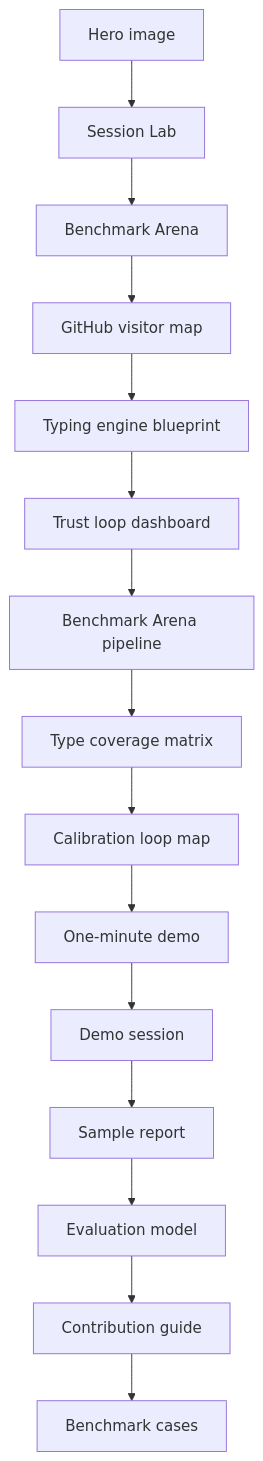
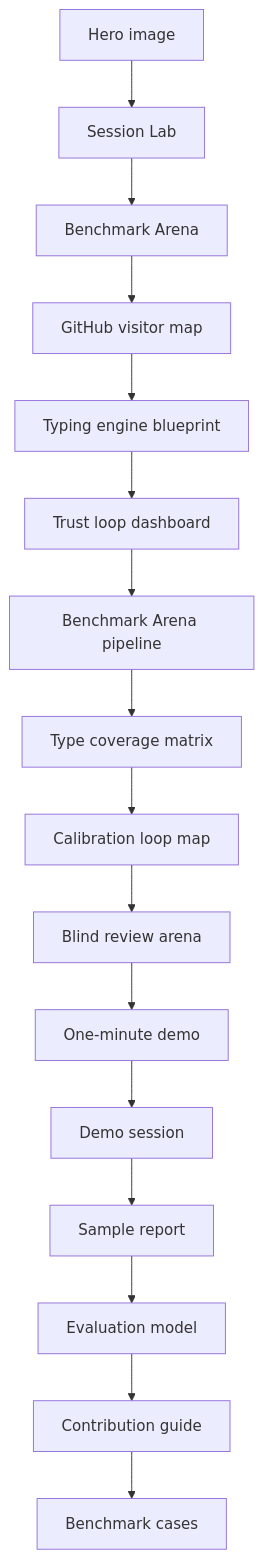
The diagram in docs/visual-tour.md (Zaoqu-Liu/mbti-typing-skill), drawn with Mermaid before and after one commit. The commit also changed other lines of this file and 16 other files, not shown here.

Commit message:
Add blind review evaluation protocol

````diff
--- a/docs/visual-tour.md
+++ b/docs/visual-tour.md
@@ -145,17 +159,18 @@
 ```mermaid
 flowchart TD
     A[Hero image] --> B[Session Lab]
     B --> C[Benchmark Arena]
     C --> D[GitHub visitor map]
     D --> E[Typing engine blueprint]
     E --> F[Trust loop dashboard]
     F --> G[Benchmark Arena pipeline]
     G --> H[Type coverage matrix]
     H --> I[Calibration loop map]
-    I --> J[One-minute demo]
-    J --> K[Demo session]
-    K --> L[Sample report]
-    L --> M[Evaluation model]
-    M --> N[Contribution guide]
-    N --> O[Benchmark cases]
+    I --> J[Blind review arena]
+    J --> K[One-minute demo]
+    K --> L[Demo session]
+    L --> M[Sample report]
+    M --> N[Evaluation model]
+    N --> O[Contribution guide]
+    O --> P[Benchmark cases]
 ```
````
